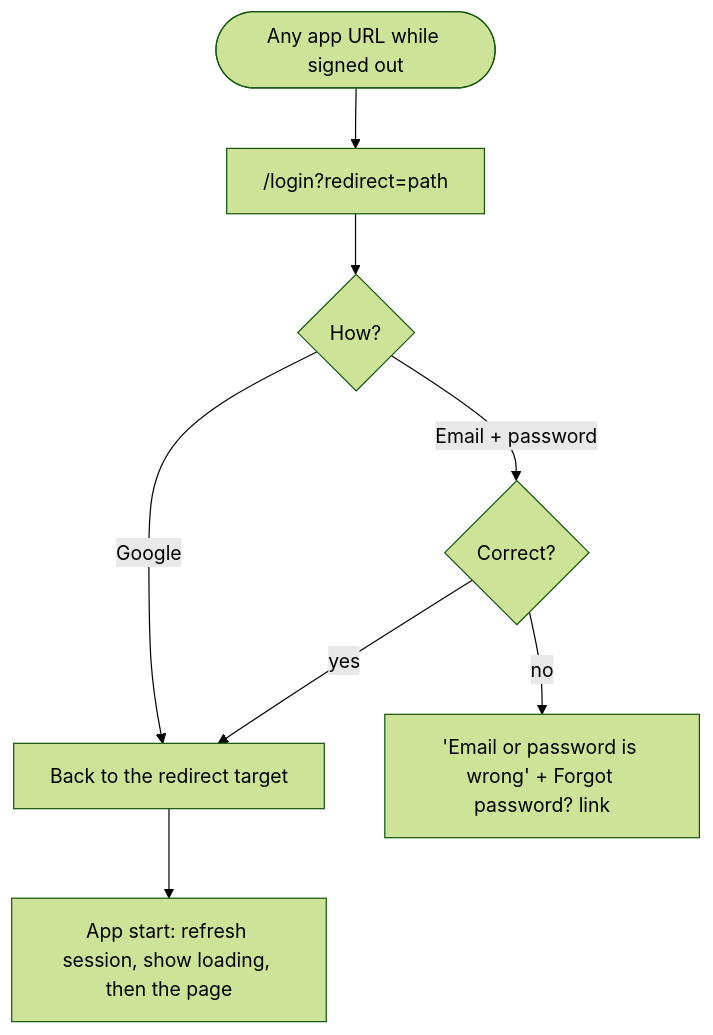
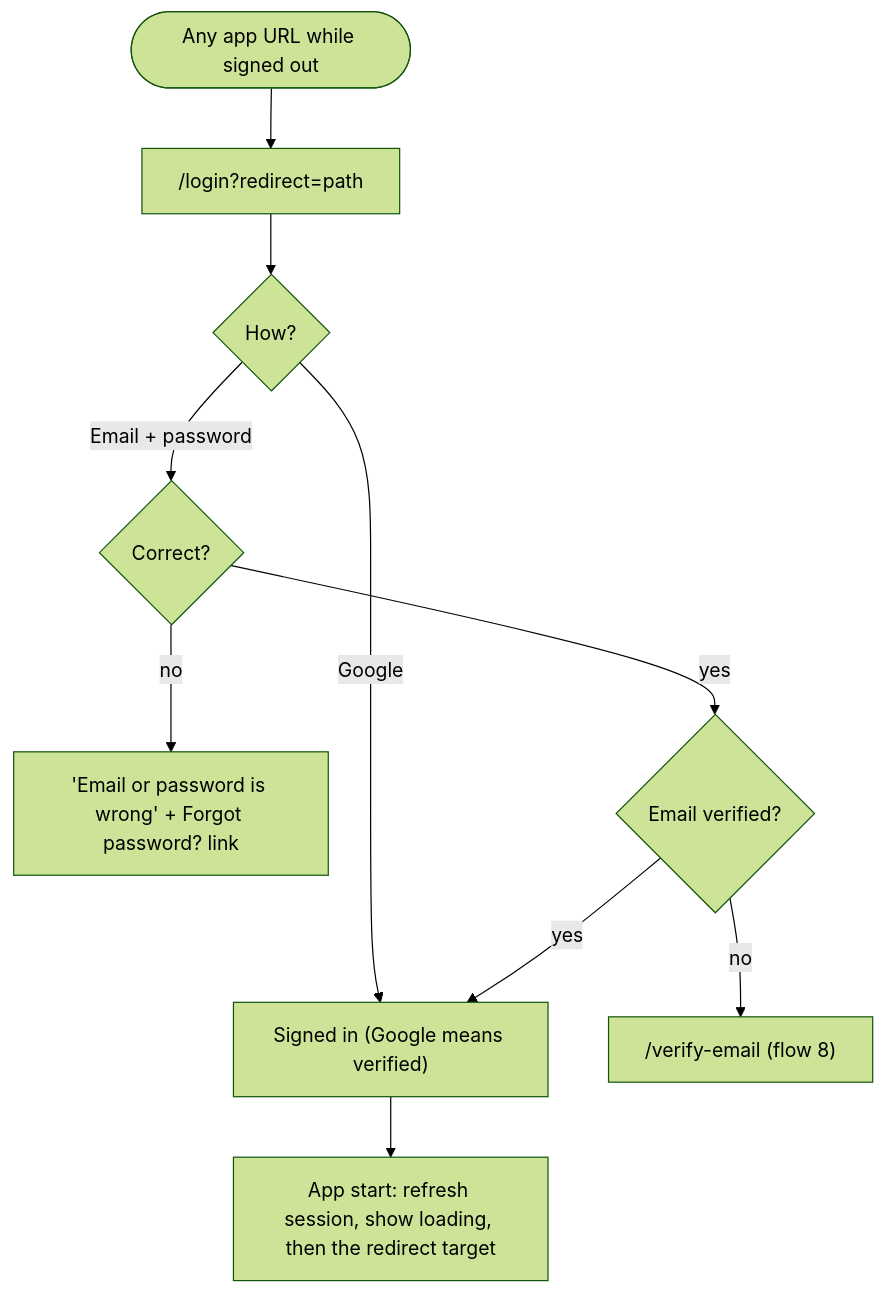
One commit to binhld98/AutoRecordLive changed the tenth of 11 diagrams in docs/user-flows.md. Above: the diagram before and after it, drawn with Mermaid (forest theme). The commit also changed other lines of this file, not shown here.

Commit message:
docs: revise user flows after review

````diff
--- a/docs/user-flows.md
+++ b/docs/user-flows.md
@@ -170,10 +250,12 @@
 ```mermaid
 flowchart TD
   visit(["Any app URL while signed out"]) --> login["/login?redirect=path"]
   login --> how{"How?"}
-  how -- Google --> back["Back to the redirect target"]
+  how -- Google --> verified["Signed in (Google means verified)"]
   how -- "Email + password" --> check{"Correct?"}
-  check -- yes --> back
   check -- no --> err["'Email or password is wrong' + Forgot password? link"]
-  back --> start["App start: refresh session, show loading, then the page"]
+  check -- yes --> isverified{"Email verified?"}
+  isverified -- no --> gate["/verify-email (flow 8)"]
+  isverified -- yes --> verified
+  verified --> back["App start: refresh session, show loading, then the redirect target"]
 ```
````
